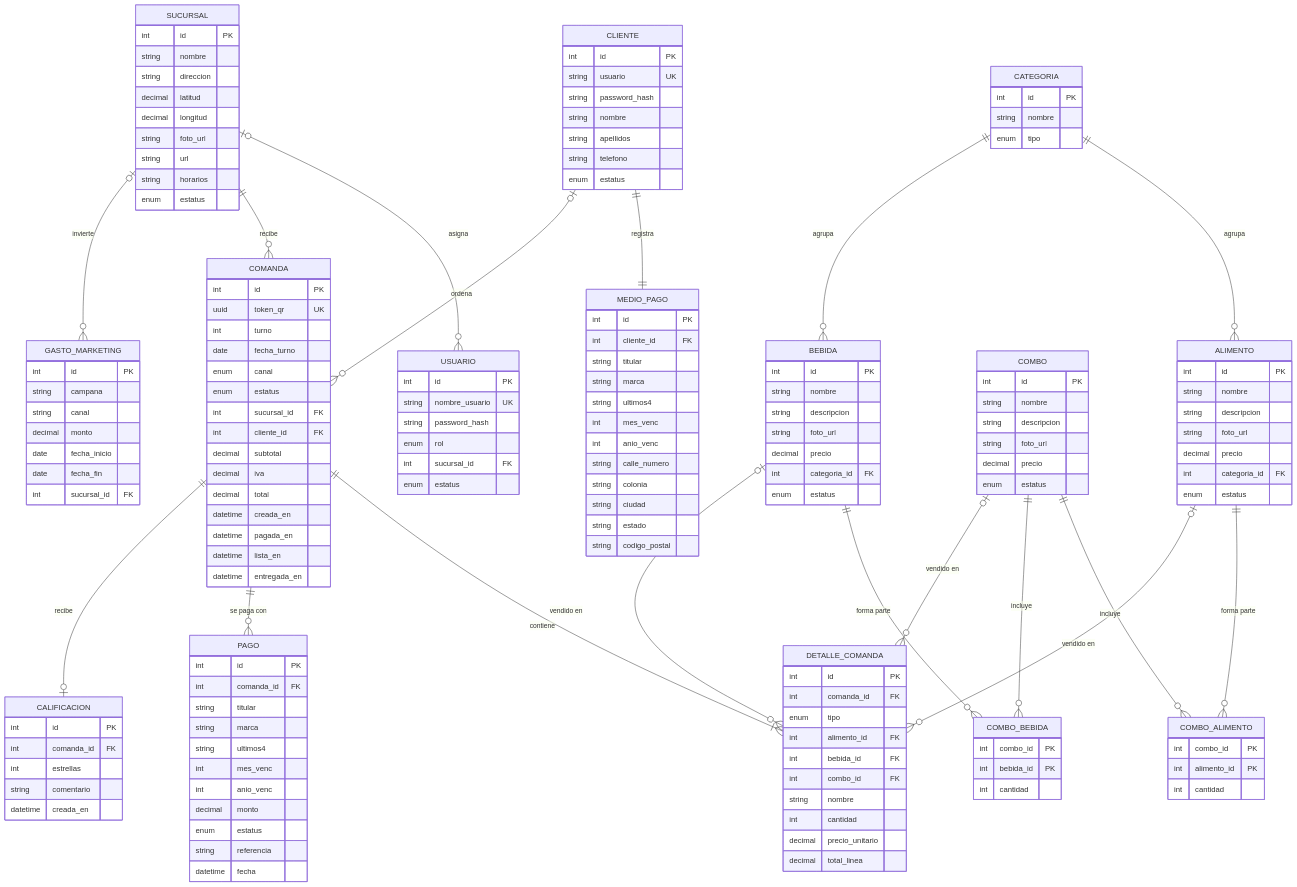
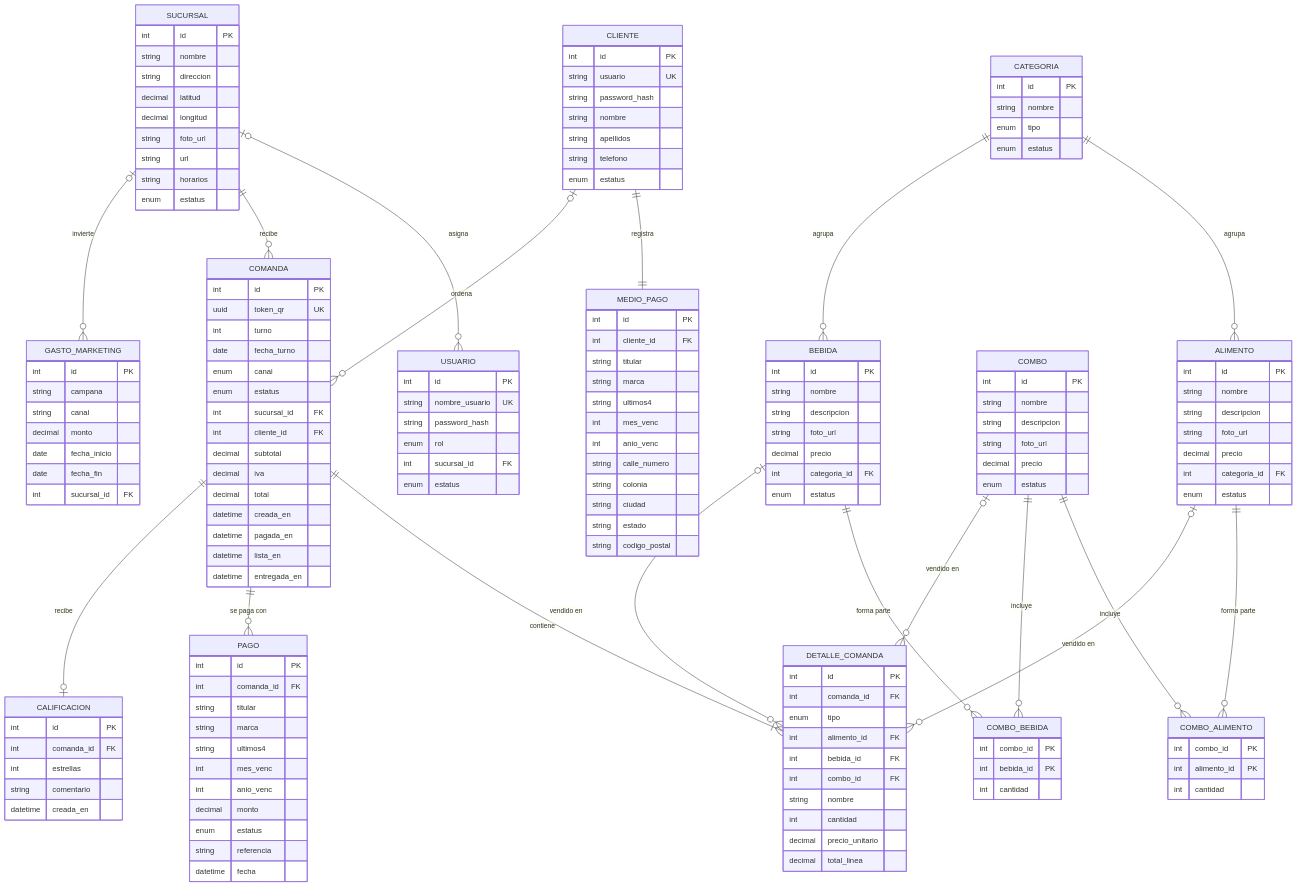
Before and after one commit to DevOjeda016/zarape: the diagram in docs/modelo-de-datos.md, drawn with Mermaid. The commit also changed other lines of this file and 64 other files, not shown here.

```diff
--- a/docs/modelo-de-datos.md
+++ b/docs/modelo-de-datos.md
@@ -47,6 +47,7 @@
         int id PK
         string nombre
         enum tipo
+        enum estatus
     }
     ALIMENTO {
         int id PK
```
